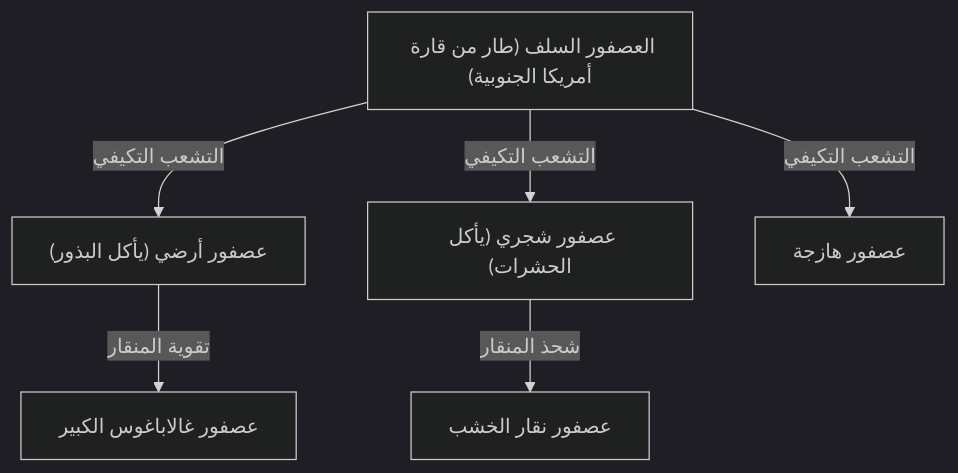
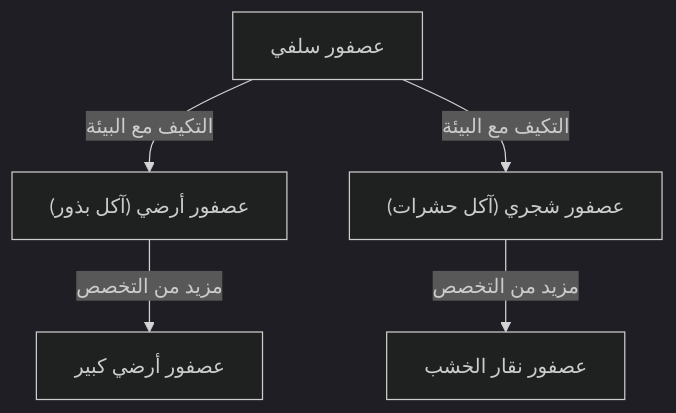
One commit to kenjinote/blog changed the diagram in content/post/darwins-theory-of-evolution/index.ar.md. Above: the diagram before and after it, drawn with Mermaid (dark theme). The commit also changed other lines of this file and 129 other files, not shown here.

````diff
--- a/content/post/darwins-theory-of-evolution/index.ar.md
+++ b/content/post/darwins-theory-of-evolution/index.ar.md
@@ -25,9 +27,7 @@
 ```mermaid
 graph TD
-    A["العصفور السلف (طار من قارة أمريكا الجنوبية)"]
-    A -- "التشعب التكيفي" --> B["عصفور أرضي (يأكل البذور)"]
-    A -- "التشعب التكيفي" --> C["عصفور شجري (يأكل الحشرات)"]
-    A -- "التشعب التكيفي" --> D["عصفور هازجة"]
-    B -- "تقوية المنقار" --> B1["عصفور غالاباغوس الكبير"]
-    C -- "شحذ المنقار" --> C1["عصفور نقار الخشب"]
+    A["عصفور سلفي"] -- "التكيف مع البيئة" --> B["عصفور أرضي (آكل بذور)"]
+    A["عصفور سلفي"] -- "التكيف مع البيئة" --> C["عصفور شجري (آكل حشرات)"]
+    B["عصفور أرضي (آكل بذور)"] -- "مزيد من التخصص" --> D["عصفور أرضي كبير"]
+    C["عصفور شجري (آكل حشرات)"] -- "مزيد من التخصص" --> E["عصفور نقار الخشب"]
 ```
````
